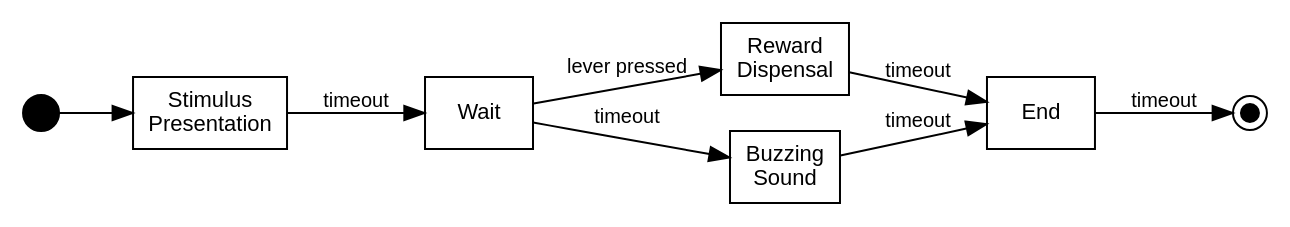
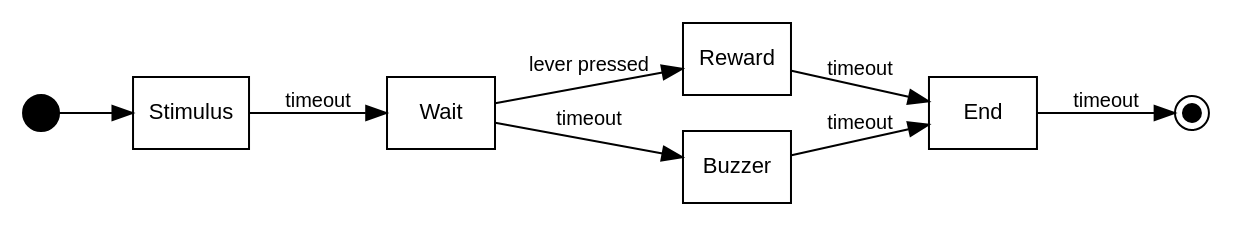
One commit to int-brain-lab/bpod-core changed the fourth of 4 diagrams in docs/source/state_machines/index.rst. Above: the diagram before and after it, drawn with Graphviz. The commit also changed other lines of this file, not shown here.

```diff
--- a/docs/source/state_machines/index.rst
+++ b/docs/source/state_machines/index.rst
@@ -94,28 +95,28 @@
 .. graphviz::
    :align: center
    :caption: A simple trial sequence implemented as a finite-state machine.
 
    digraph example {
        rankdir=LR;
        node [shape=rectangle, fontname="Helvetica, sans-serif", fontsize=11];
        edge [fontname="Helvetica, sans-serif", fontsize=10];
 
       s [label="", shape=circle, style=filled, fillcolor=black, width=0.25];
       x [label="", shape=doublecircle, style=filled, fillcolor=black, width=0.125];
 
-      a [label="Stimulus\nPresentation"];
+      a [label="Stimulus"];
       b [label="Wait"];
-      c [label="Reward\nDispensal"];
-      d [label="Buzzing\nSound"];
+      c [label="Reward"];
+      d [label="Buzzer"];
       e [label="End"];
 
       { rank=same; c; d; }
 
       s -> a
       a -> b [label="timeout"];
       b -> c [label="lever pressed"];
       b -> d [label="timeout"];
       c -> e [label="timeout"];
       d -> e [label="timeout"];
       e -> x [label="timeout"];
    }
```
